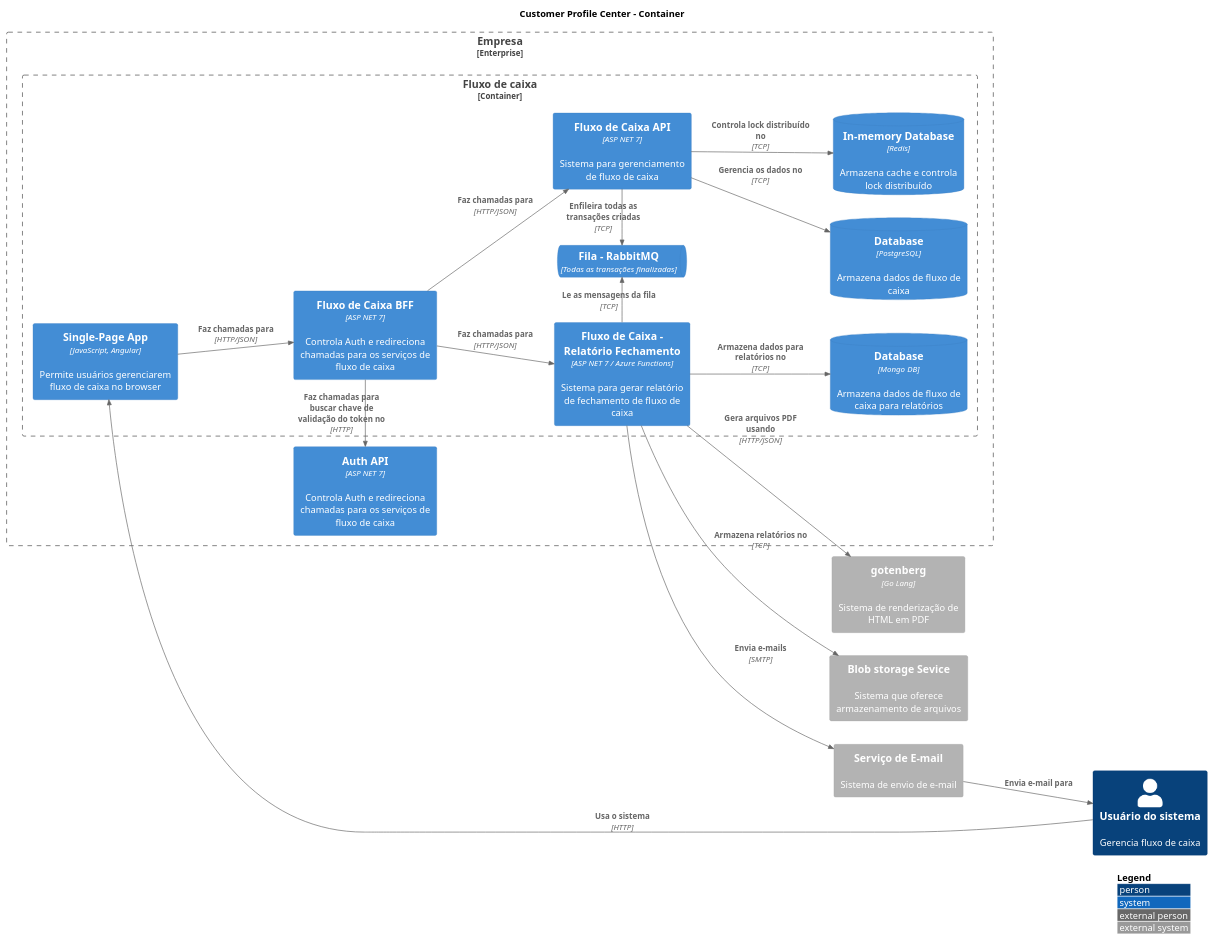
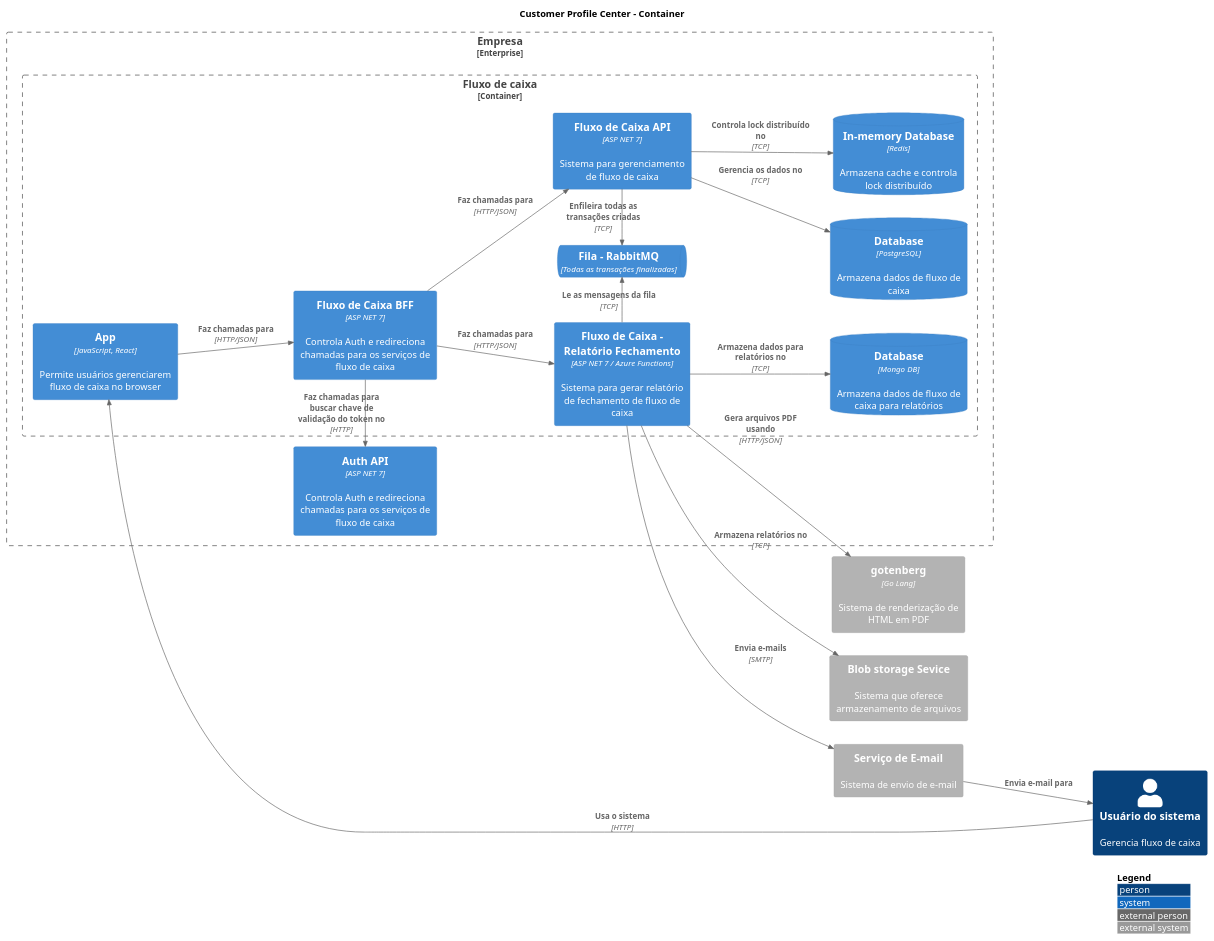
One commit to CristianoRC/Fluxo-De-Caixa changed the diagram in Doc/Container.puml. Above: the diagram before and after it, drawn with PlantUML.

Commit message:
Ajusta tecnologia usada no app

```diff
--- a/Doc/Container.puml
+++ b/Doc/Container.puml
@@ -1,57 +1,57 @@
 @startuml container
 
 !include https://raw.githubusercontent.com/plantuml-stdlib/C4-PlantUML/master/C4_Container.puml
 !include https://raw.githubusercontent.com/plantuml-stdlib/C4-PlantUML/master/C4_Context.puml
 
 LAYOUT_LANDSCAPE()
 LAYOUT_WITH_LEGEND()
 
 TITLE Customer Profile Center - Container
 
 Enterprise_Boundary(boundaryEmpersa, "Empresa") {
   
     Container_Boundary(boundaryFluxoDeCaixa, "Fluxo de caixa") {
         Container(fluxoDeCaixaApi, "Fluxo de Caixa API", "ASP NET 7", "Sistema para gerenciamento de fluxo de caixa")
-        Container(fluxoDeCaixaApp, "Single-Page App", "JavaScript, Angular", "Permite usuários gerenciarem fluxo de caixa no browser")
+        Container(fluxoDeCaixaApp, "App", "JavaScript, React", "Permite usuários gerenciarem fluxo de caixa no browser")
         Container(fluxoDeCaixaReportApi, "Fluxo de Caixa - Relatório Fechamento", "ASP NET 7 / Azure Functions", "Sistema para gerar relatório de fechamento de fluxo de caixa")
         Container(fluxoDeCaixaBff, "Fluxo de Caixa BFF", "ASP NET 7", "Controla Auth e redireciona chamadas para os serviços de fluxo de caixa")
 
         ContainerDb(redis, "In-memory Database", "Redis", "Armazena cache e controla lock distribuído")
         ContainerDb(mongodb, "Database", "Mongo DB", "Armazena dados de fluxo de caixa para relatórios")
         ContainerDb(postgres, "Database", "PostgreSQL", "Armazena dados de fluxo de caixa")
         ContainerQueue(transactionQueue, "Fila - RabbitMQ", "Todas as transações finalizadas")
     }
     
     Container(authApi, "Auth API", "ASP NET 7", "Controla Auth e redireciona chamadas para os serviços de fluxo de caixa")
 }
 
 Container_Ext(gotenberg, "gotenberg", "Go Lang", "Sistema de renderização de HTML em PDF")
 Container_Ext(blobStorage, "Blob storage Sevice", "", "Sistema que oferece armazenamento de arquivos")
 Container_Ext(mailSystem, "Serviço de E-mail", "", "Sistema de envio de e-mail")
 Person(pessoa, "Usuário do sistema", "Gerencia fluxo de caixa")
 
 'API
 Rel(fluxoDeCaixaApi, postgres, "Gerencia os dados no", "TCP")
 Rel_U(fluxoDeCaixaApi, transactionQueue, "Enfileira todas as transações criadas", "TCP")
 Rel(fluxoDeCaixaApi, redis, "Controla lock distribuído no", "TCP")
 
 'Report API
 Rel(fluxoDeCaixaReportApi, mailSystem, "Envia e-mails", "SMTP")
 Rel_D(fluxoDeCaixaReportApi, transactionQueue, "Le as mensagens da fila", "TCP")
 Rel(fluxoDeCaixaReportApi, mongodb, "Armazena dados para relatórios no", "TCP")
 Rel(fluxoDeCaixaReportApi, blobStorage, "Armazena relatórios no", "TCP")
 Rel(fluxoDeCaixaReportApi, gotenberg, "Gera arquivos PDF usando", "HTTP/JSON")
 
 'App
 Rel(fluxoDeCaixaApp, fluxoDeCaixaBff, "Faz chamadas para", "HTTP/JSON")
 
 'BFF
 Rel(fluxoDeCaixaBff, fluxoDeCaixaApi, "Faz chamadas para", "HTTP/JSON")
 Rel(fluxoDeCaixaBff, fluxoDeCaixaReportApi, "Faz chamadas para", "HTTP/JSON")
 Rel_D(fluxoDeCaixaBff, authApi, "Faz chamadas para buscar chave de validação do token no", "HTTP")
 
 'Pessoa
 Rel(pessoa, fluxoDeCaixaApp, "Usa o sistema", "HTTP")
 Rel(mailSystem, pessoa, "Envia e-mail para")
 
 @enduml
```
